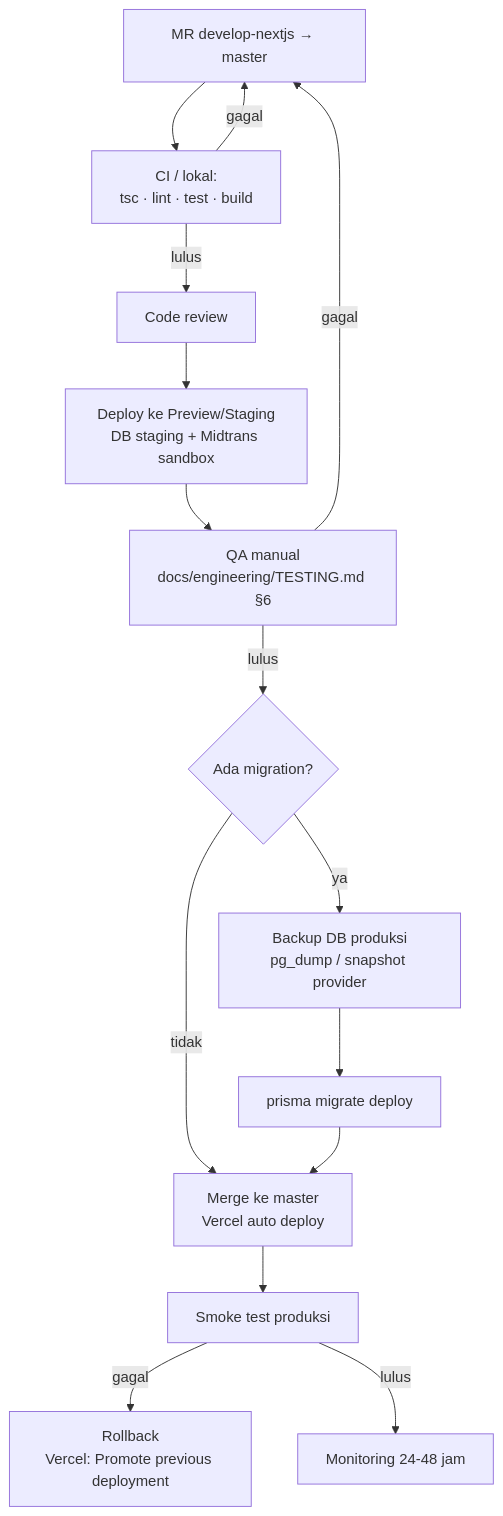
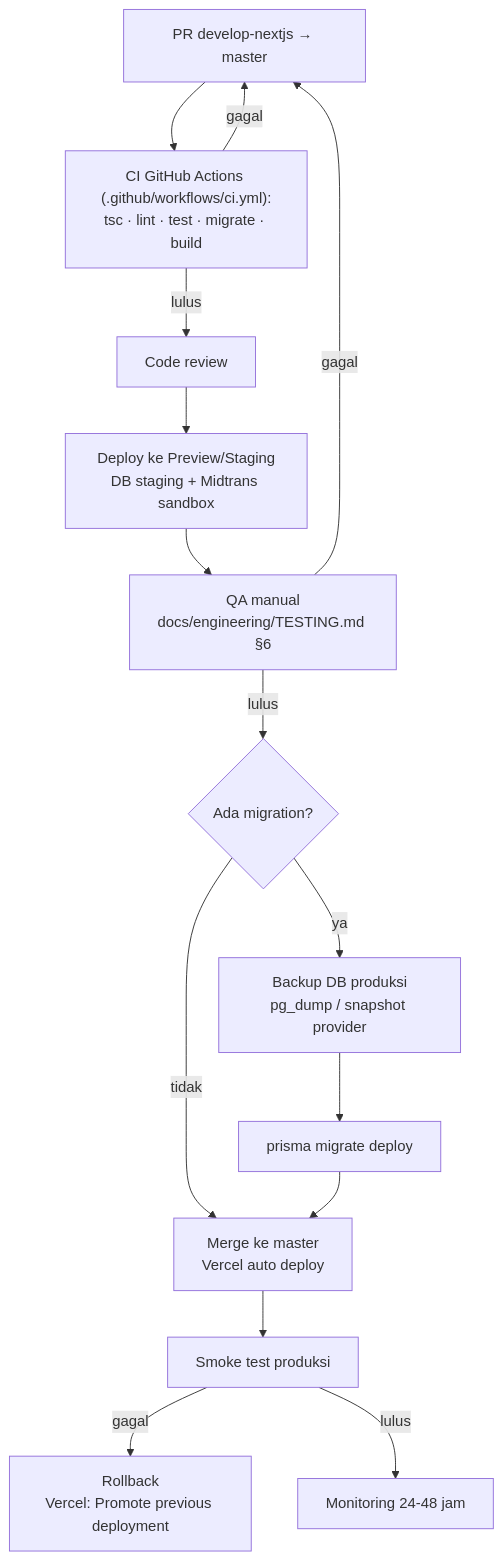
The second of 3 diagrams in docs/engineering/DEPLOYMENT-PLAN.md (imamnura/zari-madu), drawn with Mermaid before and after one commit. The commit also changed other lines of this file and 2 other files, not shown here.

Commit message:
ci: tambah pipeline GitHub Actions tsc, lint, test, migrate, build (TD-26)
- .github/workflows/ci.yml: jalan di push master/develop-nextjs dan setiap
  PR; Node 22 + pnpm 10, install --frozen-lockfile, tsc --noEmit, lint,
  test, prisma migrate deploy ke Postgres 16 kosong, lalu build.
- Hanya env dummy khusus CI; tidak butuh secret repository.
- TECH-DEBT: TD-26 selesai (GitHub Actions, sesuai remote repo);
  DEPLOYMENT-PLAN: alur deploy memakai PR + workflow ini.

````diff
--- a/docs/engineering/DEPLOYMENT-PLAN.md
+++ b/docs/engineering/DEPLOYMENT-PLAN.md
@@ -29,17 +29,17 @@
 ```mermaid
 flowchart TD
-    A["MR develop-nextjs → master"] --> B["CI / lokal:<br/>tsc · lint · test · build"]
+    A["PR develop-nextjs → master"] --> B["CI GitHub Actions (.github/workflows/ci.yml):<br/>tsc · lint · test · migrate · build"]
     B -->|gagal| A
     B -->|lulus| C["Code review"]
     C --> D["Deploy ke Preview/Staging<br/>DB staging + Midtrans sandbox"]
     D --> E["QA manual<br/>docs/engineering/TESTING.md §6"]
     E -->|gagal| A
     E -->|lulus| F{"Ada migration?"}
     F -->|ya| G["Backup DB produksi<br/>pg_dump / snapshot provider"]
     G --> H["prisma migrate deploy"]
     F -->|tidak| I["Merge ke master<br/>Vercel auto deploy"]
     H --> I
     I --> J["Smoke test produksi"]
     J -->|gagal| K["Rollback<br/>Vercel: Promote previous deployment"]
     J -->|lulus| L["Monitoring 24-48 jam"]
 ```
````
